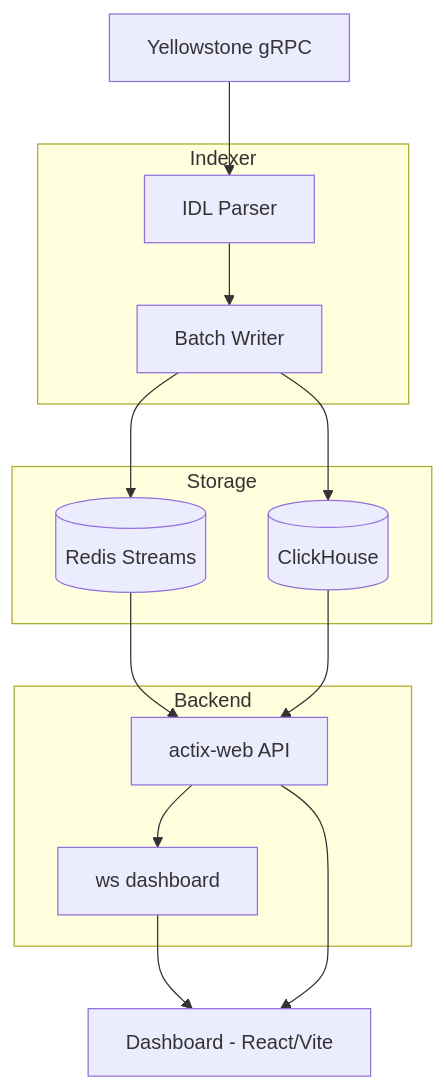
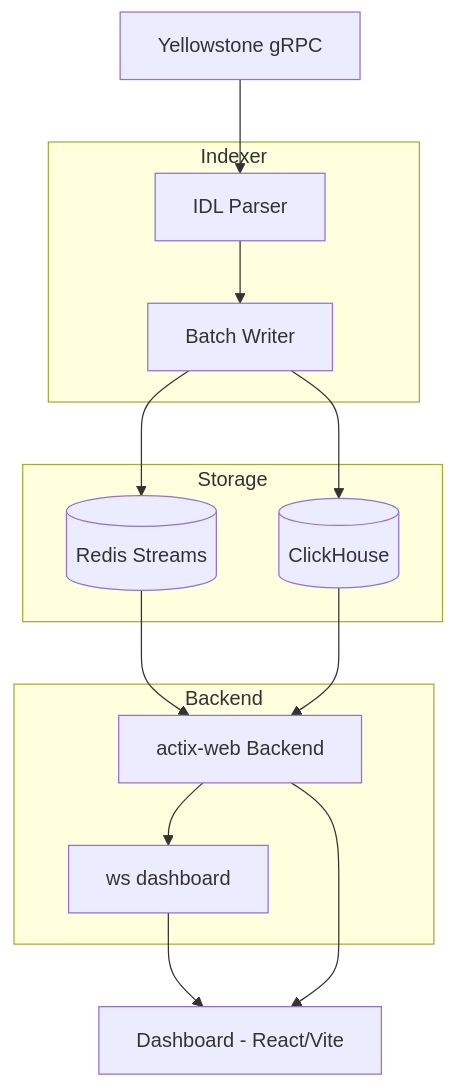
Before and after one commit to fuyofulo/dlmm_indexing_explorer: the diagram in README.md, drawn with Mermaid. The commit also changed other lines of this file, not shown here.

````diff
--- a/README.md
+++ b/README.md
@@ -29,29 +35,29 @@
 ```mermaid
 graph TB
     YS[Yellowstone gRPC]
 
     subgraph Indexer
         P[IDL Parser]
         BW[Batch Writer]
     end
 
     subgraph Storage
         CH[(ClickHouse)]
         RS[(Redis Streams)]
     end
 
     subgraph Backend
-        API[actix-web API]
+        API[actix-web Backend]
         WS[ws dashboard]
     end
 
     FE[Dashboard - React/Vite]
 
     YS --> P --> BW
     BW --> CH
     BW --> RS
     RS --> API
     CH --> API
     API --> WS --> FE
     API --> FE
 ```
````
